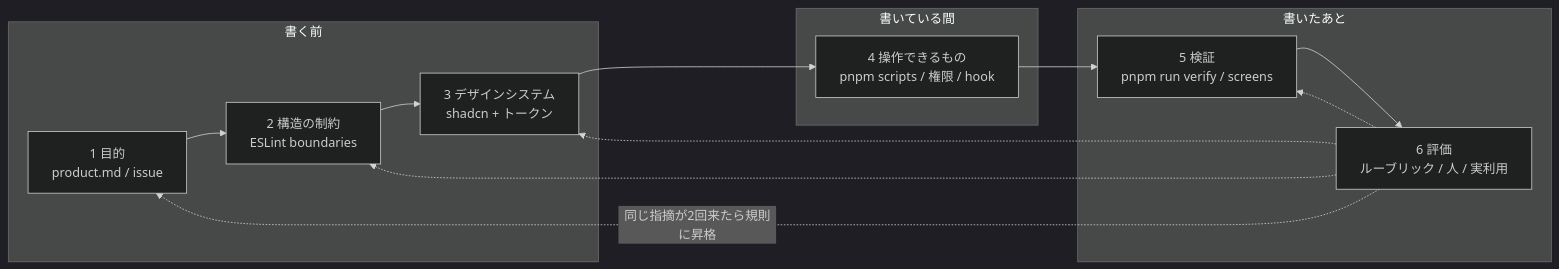
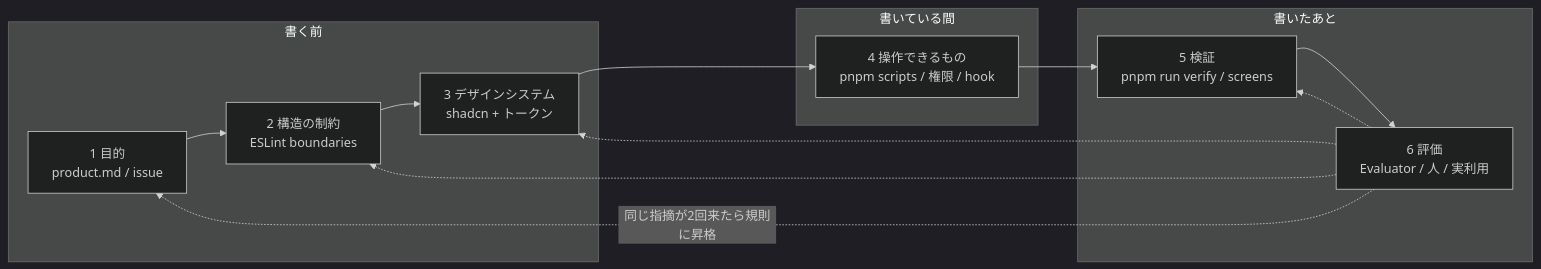
One commit to Atoyr/keiba-note changed the first of 3 diagrams in docs/harness.md. Above: the diagram before and after it, drawn with Mermaid (dark theme). The commit also changed other lines of this file and 17 other files, not shown here.

````diff
--- a/docs/harness.md
+++ b/docs/harness.md
@@ -43,20 +48,20 @@
 ```mermaid
 flowchart LR
     subgraph before["書く前"]
         L1["1 目的<br/>product.md / issue"]
         L2["2 構造の制約<br/>ESLint boundaries"]
         L3["3 デザインシステム<br/>shadcn + トークン"]
     end
     subgraph during["書いている間"]
         L4["4 操作できるもの<br/>pnpm scripts / 権限 / hook"]
     end
     subgraph after["書いたあと"]
         L5["5 検証<br/>pnpm run verify / screens"]
-        L6["6 評価<br/>ルーブリック / 人 / 実利用"]
+        L6["6 評価<br/>Evaluator / 人 / 実利用"]
     end
     L1 --> L2 --> L3 --> L4 --> L5 --> L6
     L6 -. "同じ指摘が2回来たら規則に昇格" .-> L1
     L6 -.-> L2
     L6 -.-> L3
     L6 -.-> L5
 ```
````
